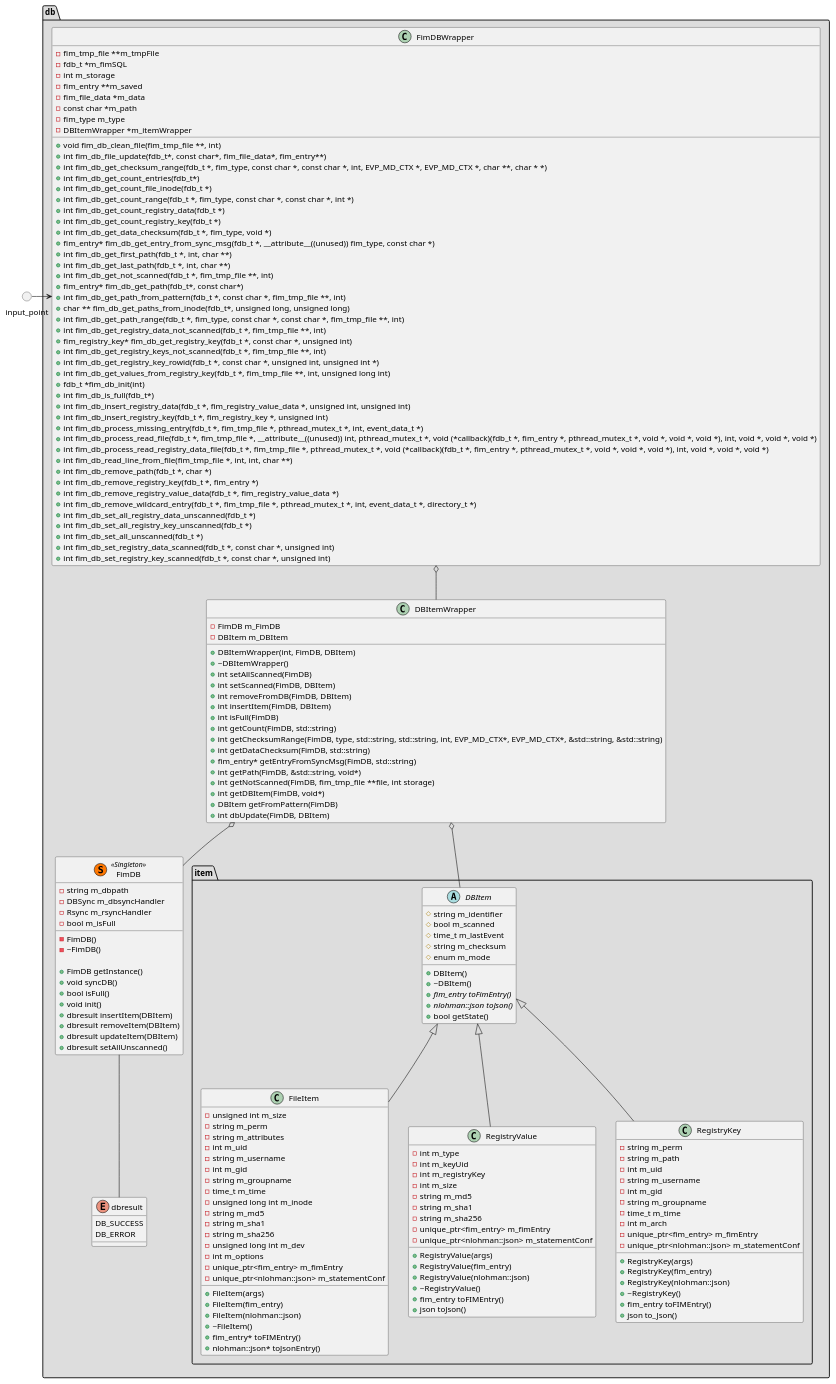
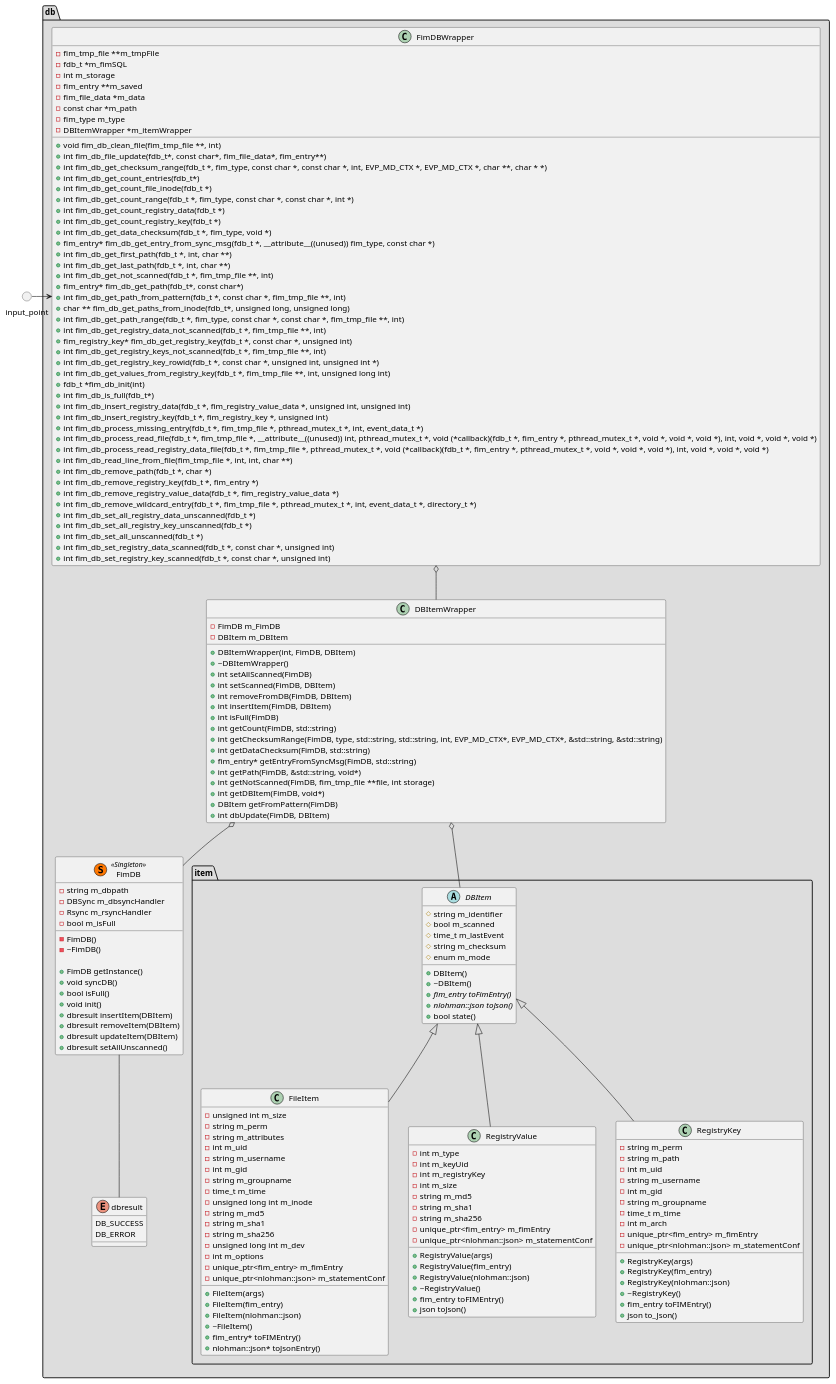
Before and after one commit to wazuh/wazuh-agent: the diagram in architecture/FIM/db/class.puml, drawn with PlantUML. The commit also changed 4 other files, not shown here.

```diff
--- a/architecture/FIM/db/class.puml
+++ b/architecture/FIM/db/class.puml
@@ -1,184 +1,184 @@
 @startuml db_class
 package "db" <<Folder>> #DDDDDD{
     enum "dbresult" {
         DB_SUCCESS
         DB_ERROR
     }
     package "item" <<Folder>> {
         abstract DBItem {
             # string m_identifier
             # bool m_scanned
             # time_t m_lastEvent
             # string m_checksum
             # enum m_mode
 
             + DBItem()
             + ~DBItem()
             + {abstract} fim_entry toFimEntry()
             + {abstract} nlohman::json toJson()
-            + bool getState()
+            + bool state()
         }
 
         class FileItem {
             - unsigned int m_size
             - string m_perm
             - string m_attributes
             - int m_uid
             - string m_username
             - int m_gid
             - string m_groupname
             - time_t m_time
             - unsigned long int m_inode
             - string m_md5
             - string m_sha1
             - string m_sha256
             - unsigned long int m_dev
             - int m_options
             - unique_ptr<fim_entry> m_fimEntry
             - unique_ptr<nlohman::json> m_statementConf
 
             + FileItem(args)
             + FileItem(fim_entry)
             + FileItem(nlohman::json)
             + ~FileItem()
             + fim_entry* toFIMEntry()
             + nlohman::json* toJsonEntry()
         }
         class "RegistryValue" {
             - int m_type
             - int m_keyUid
             - int m_registryKey
             - int m_size
             - string m_md5
             - string m_sha1
             - string m_sha256
             - unique_ptr<fim_entry> m_fimEntry
             - unique_ptr<nlohman::json> m_statementConf
 
             + RegistryValue(args)
             + RegistryValue(fim_entry)
             + RegistryValue(nlohman::json)
             + ~RegistryValue()
             + fim_entry toFIMEntry()
             + json toJson()
         }
         class "RegistryKey" {
             - string m_perm
             - string m_path
             - int m_uid
             - string m_username
             - int m_gid
             - string m_groupname
             - time_t m_time
             - int m_arch
             - unique_ptr<fim_entry> m_fimEntry
             - unique_ptr<nlohman::json> m_statementConf
 
             + RegistryKey(args)
             + RegistryKey(fim_entry)
             + RegistryKey(nlohman::json)
             + ~RegistryKey()
             + fim_entry toFIMEntry()
             + json to_Json()
         }
     }
     class "FimDB"  <<(S,#FF7700) Singleton>> {
         - string m_dbpath
         - DBSync m_dbsyncHandler
         - Rsync m_rsyncHandler
         - bool m_isFull
         - FimDB()
         - ~FimDB()
 
         + FimDB getInstance()
         + void syncDB()
         + bool isFull()
         + void init()
         + dbresult insertItem(DBItem)
         + dbresult removeItem(DBItem)
         + dbresult updateItem(DBItem)
         + dbresult setAllUnscanned()
     }
     class FimDBWrapper {
         - fim_tmp_file **m_tmpFile
         - fdb_t *m_fimSQL
         - int m_storage
         - fim_entry **m_saved
         - fim_file_data *m_data
         - const char *m_path
         - fim_type m_type
         - DBItemWrapper *m_itemWrapper
 
         + void fim_db_clean_file(fim_tmp_file **, int)
         + int fim_db_file_update(fdb_t*, const char*, fim_file_data*, fim_entry**)
         + int fim_db_get_checksum_range(fdb_t *, fim_type, const char *, const char *, int, EVP_MD_CTX *, EVP_MD_CTX *, char **, char * *)
         + int fim_db_get_count_entries(fdb_t*)
         + int fim_db_get_count_file_inode(fdb_t *)
         + int fim_db_get_count_range(fdb_t *, fim_type, const char *, const char *, int *)
         + int fim_db_get_count_registry_data(fdb_t *)
         + int fim_db_get_count_registry_key(fdb_t *)
         + int fim_db_get_data_checksum(fdb_t *, fim_type, void *)
         + fim_entry* fim_db_get_entry_from_sync_msg(fdb_t *, __attribute__((unused)) fim_type, const char *)
         + int fim_db_get_first_path(fdb_t *, int, char **)
         + int fim_db_get_last_path(fdb_t *, int, char **)
         + int fim_db_get_not_scanned(fdb_t *, fim_tmp_file **, int)
         + fim_entry* fim_db_get_path(fdb_t*, const char*)
         + int fim_db_get_path_from_pattern(fdb_t *, const char *, fim_tmp_file **, int)
         + char ** fim_db_get_paths_from_inode(fdb_t*, unsigned long, unsigned long)
         + int fim_db_get_path_range(fdb_t *, fim_type, const char *, const char *, fim_tmp_file **, int)
         + int fim_db_get_registry_data_not_scanned(fdb_t *, fim_tmp_file **, int)
         + fim_registry_key* fim_db_get_registry_key(fdb_t *, const char *, unsigned int)
         + int fim_db_get_registry_keys_not_scanned(fdb_t *, fim_tmp_file **, int)
         + int fim_db_get_registry_key_rowid(fdb_t *, const char *, unsigned int, unsigned int *)
         + int fim_db_get_values_from_registry_key(fdb_t *, fim_tmp_file **, int, unsigned long int)
         + fdb_t *fim_db_init(int)
         + int fim_db_is_full(fdb_t*)
         + int fim_db_insert_registry_data(fdb_t *, fim_registry_value_data *, unsigned int, unsigned int)
         + int fim_db_insert_registry_key(fdb_t *, fim_registry_key *, unsigned int)
         + int fim_db_process_missing_entry(fdb_t *, fim_tmp_file *, pthread_mutex_t *, int, event_data_t *)
         + int fim_db_process_read_file(fdb_t *, fim_tmp_file *, __attribute__((unused)) int, pthread_mutex_t *, void (*callback)(fdb_t *, fim_entry *, pthread_mutex_t *, void *, void *, void *), int, void *, void *, void *)
         + int fim_db_process_read_registry_data_file(fdb_t *, fim_tmp_file *, pthread_mutex_t *, void (*callback)(fdb_t *, fim_entry *, pthread_mutex_t *, void *, void *, void *), int, void *, void *, void *)
         + int fim_db_read_line_from_file(fim_tmp_file *, int, int, char **)
         + int fim_db_remove_path(fdb_t *, char *)
         + int fim_db_remove_registry_key(fdb_t *, fim_entry *)
         + int fim_db_remove_registry_value_data(fdb_t *, fim_registry_value_data *)
         + int fim_db_remove_wildcard_entry(fdb_t *, fim_tmp_file *, pthread_mutex_t *, int, event_data_t *, directory_t *)
         + int fim_db_set_all_registry_data_unscanned(fdb_t *)
         + int fim_db_set_all_registry_key_unscanned(fdb_t *)
         + int fim_db_set_all_unscanned(fdb_t *)
         + int fim_db_set_registry_data_scanned(fdb_t *, const char *, unsigned int)
         + int fim_db_set_registry_key_scanned(fdb_t *, const char *, unsigned int)
     }
     class DBItemWrapper {
         - FimDB m_FimDB
         - DBItem m_DBItem
 
         + DBItemWrapper(int, FimDB, DBItem)
         + ~DBItemWrapper()
         + int setAllScanned(FimDB)
         + int setScanned(FimDB, DBItem)
         + int removeFromDB(FimDB, DBItem)
         + int insertItem(FimDB, DBItem)
         + int isFull(FimDB)
         + int getCount(FimDB, std::string)
         + int getChecksumRange(FimDB, type, std::string, std::string, int, EVP_MD_CTX*, EVP_MD_CTX*, &std::string, &std::string)
         + int getDataChecksum(FimDB, std::string)
         + fim_entry* getEntryFromSyncMsg(FimDB, std::string)
         + int getPath(FimDB, &std::string, void*)
         + int getNotScanned(FimDB, fim_tmp_file **file, int storage)
         + int getDBItem(FimDB, void*)
         + DBItem getFromPattern(FimDB)
         + int dbUpdate(FimDB, DBItem)
     }
 }
 circle input_point
 
 DBItem <|-- FileItem
 DBItem <|-- RegistryValue
 DBItem <|-- RegistryKey
 FimDBWrapper  o-- DBItemWrapper
 DBItemWrapper  o-- DBItem
 DBItemWrapper  o-- FimDB
 FimDB -- dbresult
 input_point => FimDBWrapper
 @enduml
```
